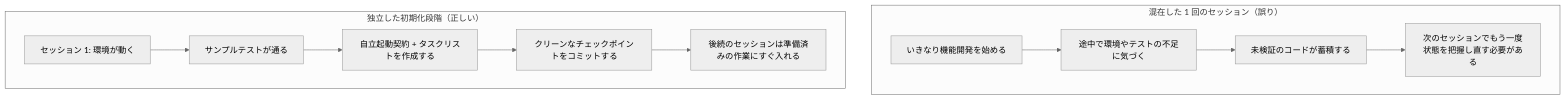
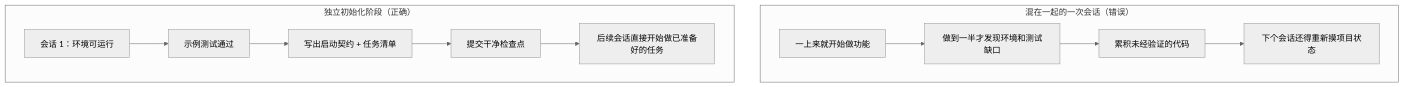
Before and after one commit to mkusaka/learn-harness-engineering: the diagram in docs/zh/lectures/lecture-06-why-initialization-needs-its-own-phase/index.md, drawn with Mermaid (neutral theme). The commit also changed other lines of this file and 684 other files, not shown here.

````diff
--- a/docs/zh/lectures/lecture-06-why-initialization-needs-its-own-phase/index.md
+++ b/docs/zh/lectures/lecture-06-why-initialization-needs-its-own-phase/index.md
@@ -22,15 +22,15 @@
 ```mermaid
 flowchart TB
-    subgraph Wrong["混在した 1 回のセッション（誤り）"]
-        W1["いきなり機能開発を始める"] --> W2["途中で環境やテストの不足に気づく"]
-        W2 --> W3["未検証のコードが蓄積する"]
-        W3 --> W4["次のセッションでもう一度状態を把握し直す必要がある"]
+    subgraph Wrong["混在一起的一次会话（错误）"]
+        W1["一上来就开始做功能"] --> W2["做到一半才发现环境和测试缺口"]
+        W2 --> W3["累积未经验证的代码"]
+        W3 --> W4["下个会话还得重新摸项目状态"]
     end
 
-    subgraph Right["独立した初期化段階（正しい）"]
-        R1["セッション 1: 環境が動く"] --> R2["サンプルテストが通る"]
-        R2 --> R3["自立起動契約 + タスクリストを作成する"]
-        R3 --> R4["クリーンなチェックポイントをコミットする"]
-        R4 --> R5["後続のセッションは準備済みの作業にすぐ入れる"]
+    subgraph Right["独立初始化阶段（正确）"]
+        R1["会话 1：环境可运行"] --> R2["示例测试通过"]
+        R2 --> R3["写出启动契约 + 任务清单"]
+        R3 --> R4["提交干净检查点"]
+        R4 --> R5["后续会话直接开始做已准备好的任务"]
     end
 ```
````
